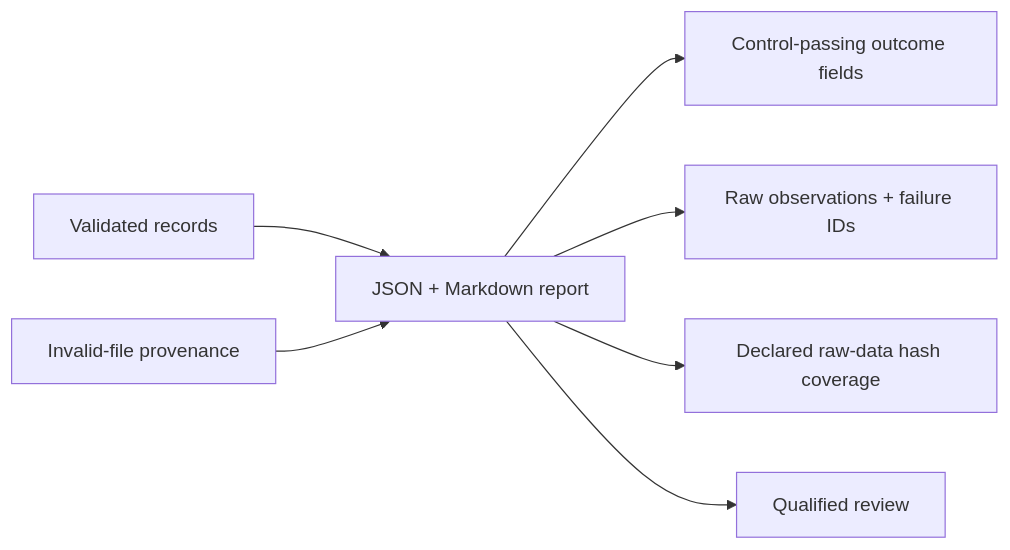
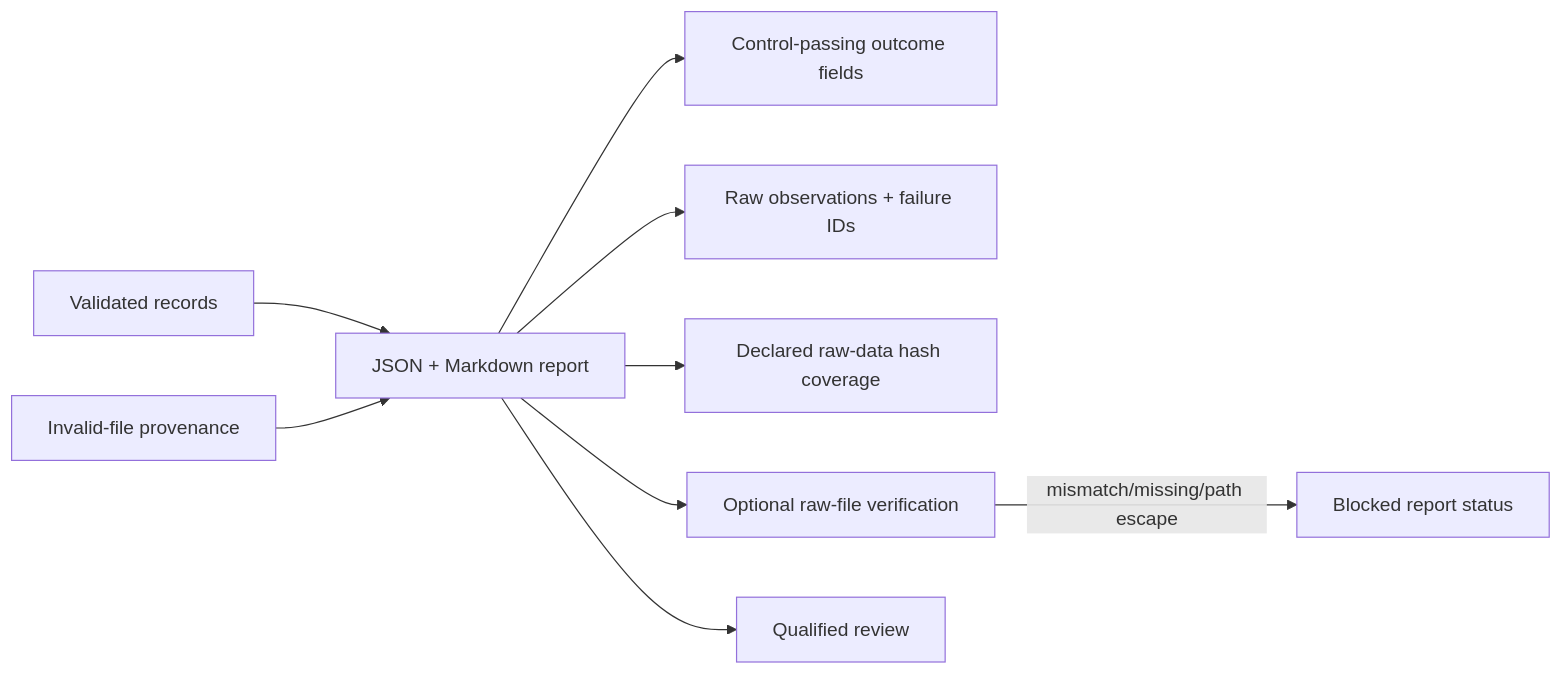
The first of 2 diagrams in src/openamp_foundry/reports/AGENTS.md (streamentry/OpenAMP-Foundry), drawn with Mermaid before and after one commit. The commit also changed other lines of this file and 20 other files, not shown here.

````diff
--- a/src/openamp_foundry/reports/AGENTS.md
+++ b/src/openamp_foundry/reports/AGENTS.md
@@ -19,9 +19,11 @@
 ```mermaid
 flowchart LR
   Records["Validated records"] --> Report["JSON + Markdown report"]
   Invalid["Invalid-file provenance"] --> Report
   Report --> Usable["Control-passing outcome fields"]
   Report --> Raw["Raw observations + failure IDs"]
   Report --> Provenance["Declared raw-data hash coverage"]
+  Report --> Verification["Optional raw-file verification"]
+  Verification -->|mismatch/missing/path escape| Block["Blocked report status"]
   Report --> Review["Qualified review"]
 ```
````
